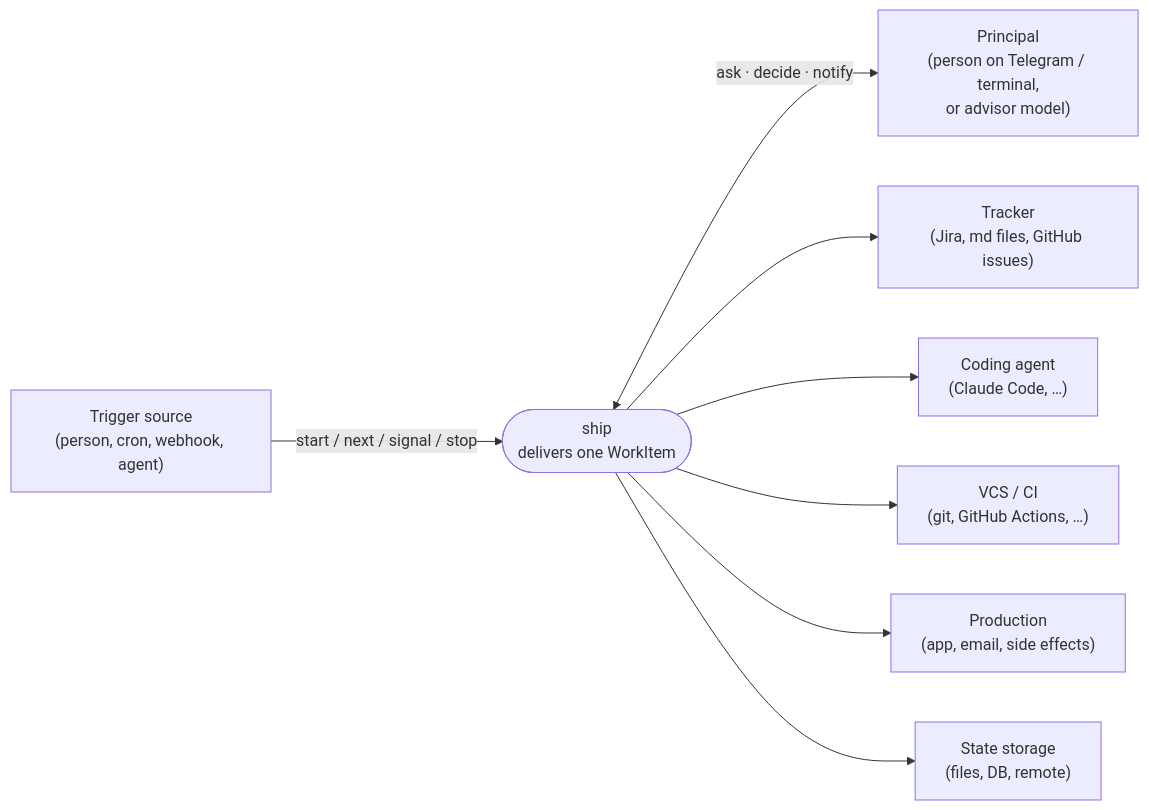
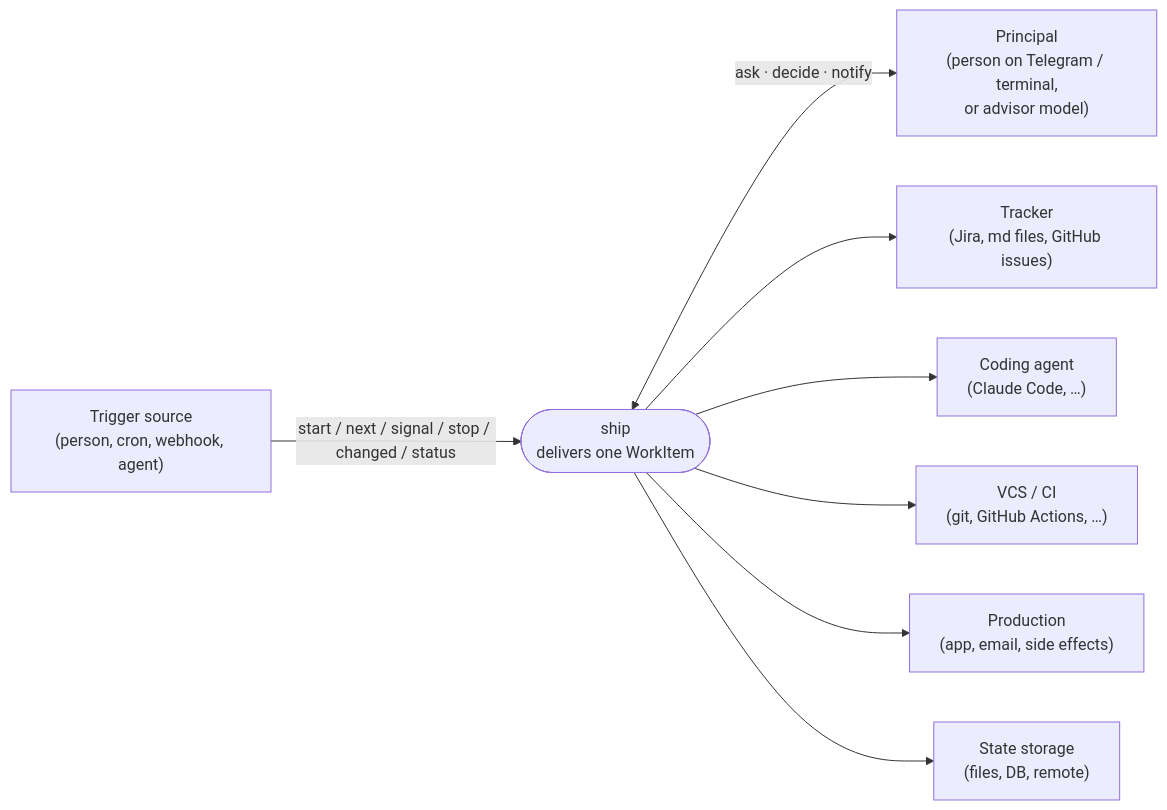
The first of 4 diagrams in ship/docs/architecture.md (pehota/harlo), drawn with Mermaid before and after one commit. The commit also changed other lines of this file and 3 other files, not shown here.

First line of the commit message:
docs(ship): implementation plan and architecture amendments

````diff
--- a/ship/docs/architecture.md
+++ b/ship/docs/architecture.md
@@ -27,19 +28,19 @@
 ```mermaid
 flowchart LR
   trig["Trigger source<br/>(person, cron, webhook, agent)"]
   pr["Principal<br/>(person on Telegram / terminal,<br/>or advisor model)"]
   ship(["ship<br/>delivers one WorkItem"])
   tr["Tracker<br/>(Jira, md files, GitHub issues)"]
   ag["Coding agent<br/>(Claude Code, …)"]
   vcs["VCS / CI<br/>(git, GitHub Actions, …)"]
   prod["Production<br/>(app, email, side effects)"]
   st["State storage<br/>(files, DB, remote)"]
 
-  trig -- "start / next / signal / stop" --> ship
+  trig -- "start / next / signal / stop / changed / status" --> ship
   ship <-- "ask · decide · notify" --> pr
   ship --> tr
   ship --> ag
   ship --> vcs
   ship --> prod
   ship --> st
 ```
````
